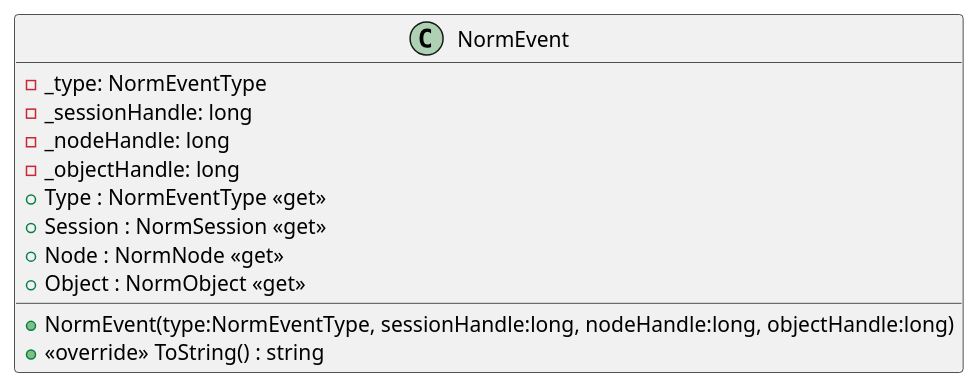
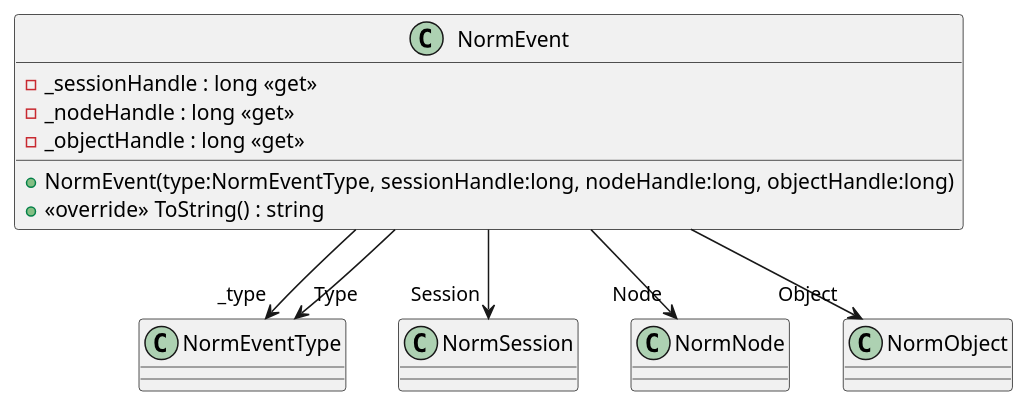
Before and after one commit to USNavalResearchLaboratory/norm: the diagram in src/dotnet/design/Mil/Navy/Nrl/Norm/NormEvent.puml, drawn with PlantUML. The commit also changed 34 other files, not shown here.

```diff
--- a/src/dotnet/design/Mil/Navy/Nrl/Norm/NormEvent.puml
+++ b/src/dotnet/design/Mil/Navy/Nrl/Norm/NormEvent.puml
@@ -1,14 +1,14 @@
 @startuml
 class NormEvent {
-    - _type: NormEventType
-    - _sessionHandle: long
-    - _nodeHandle: long
-    - _objectHandle: long
+    - _sessionHandle : long <<get>>
+    - _nodeHandle : long <<get>>
+    - _objectHandle : long <<get>>
     + NormEvent(type:NormEventType, sessionHandle:long, nodeHandle:long, objectHandle:long)
-    + Type : NormEventType <<get>>
-    + Session : NormSession <<get>>
-    + Node : NormNode <<get>>
-    + Object : NormObject <<get>>
     + <<override>> ToString() : string
 }
+NormEvent --> "_type" NormEventType
+NormEvent --> "Type" NormEventType
+NormEvent --> "Session" NormSession
+NormEvent --> "Node" NormNode
+NormEvent --> "Object" NormObject
 @enduml
```
